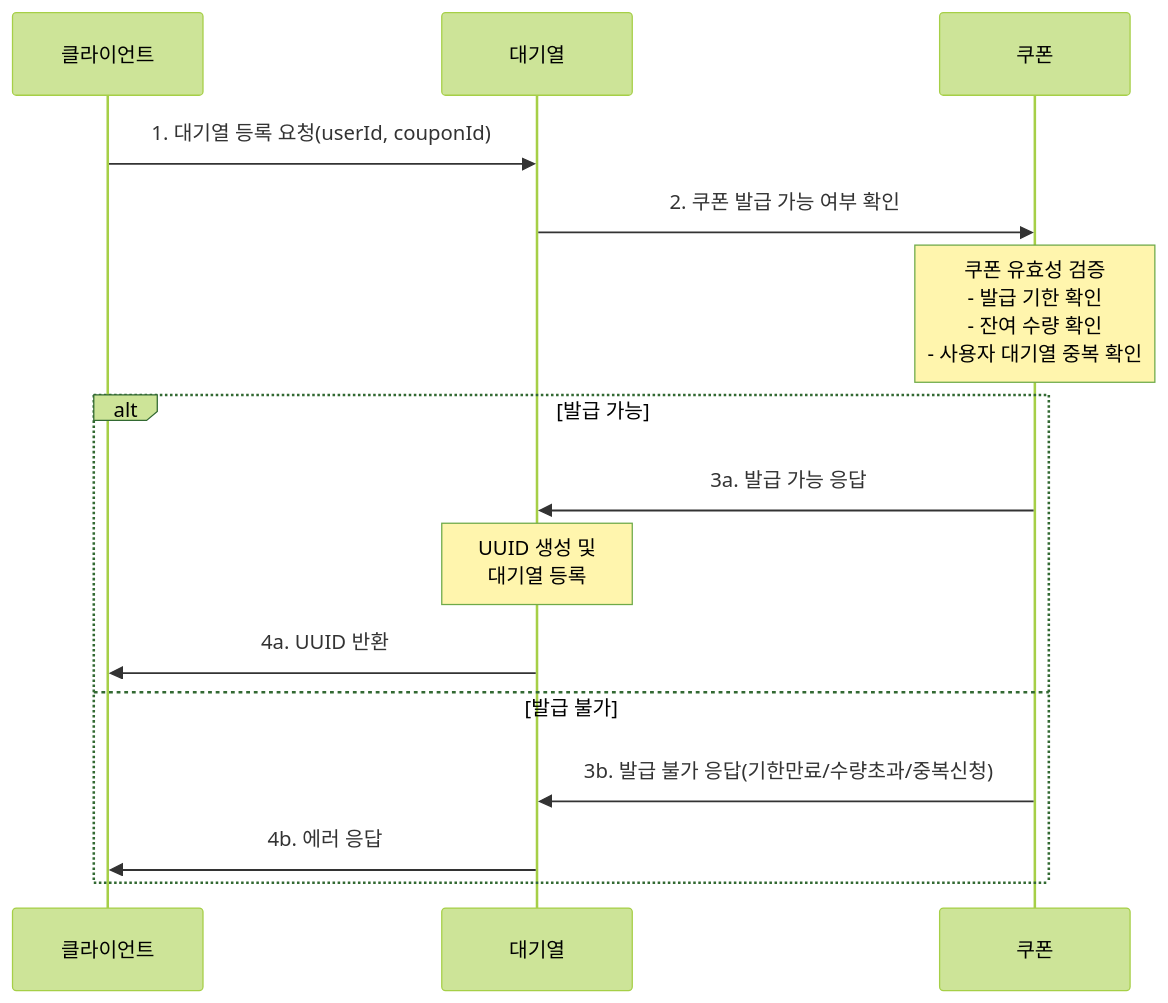
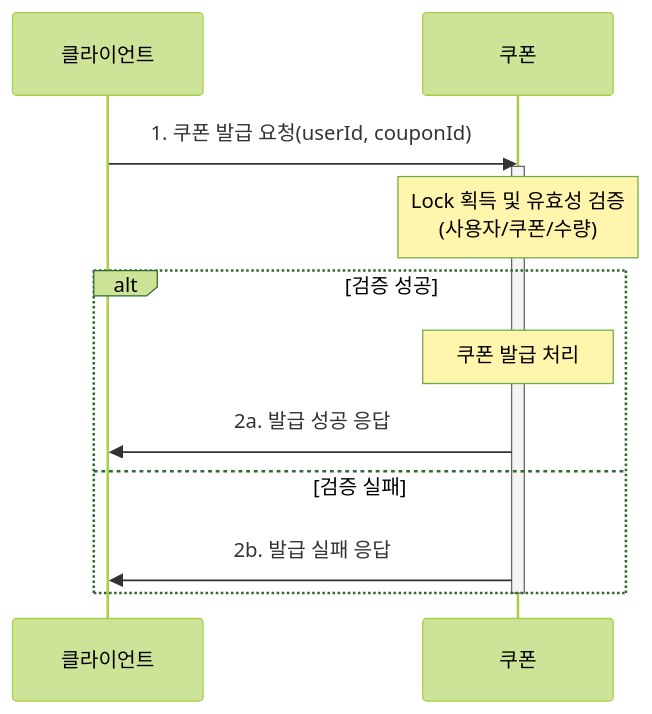
Before and after one commit to ynyejn/e-commerce: the seventh of 9 diagrams in README.md, drawn with Mermaid (forest theme). The commit also changed other lines of this file and 9 other files, not shown here.

````diff
--- a/README.md
+++ b/README.md
@@ -193,19 +189,17 @@
 ```mermaid
 sequenceDiagram
-   participant Client as 클라이언트
-   participant QueueSystem as 대기열
-   participant CouponSystem as 쿠폰
-   
-   Client->>QueueSystem: 1. 대기열 등록 요청(userId, couponId)
-   QueueSystem->>CouponSystem: 2. 쿠폰 발급 가능 여부 확인
-   Note over CouponSystem: 쿠폰 유효성 검증<br/>- 발급 기한 확인<br/>- 잔여 수량 확인<br/>- 사용자 대기열 중복 확인
-   
-   alt 발급 가능
-       CouponSystem->>QueueSystem: 3a. 발급 가능 응답
-       Note over QueueSystem: UUID 생성 및<br/>대기열 등록
-       QueueSystem->>Client: 4a. UUID 반환
-   else 발급 불가
-       CouponSystem->>QueueSystem: 3b. 발급 불가 응답(기한만료/수량초과/중복신청)
-       QueueSystem->>Client: 4b. 에러 응답
-   end
+    participant Client as 클라이언트
+    participant CouponSystem as 쿠폰
+
+    Client->>CouponSystem: 1. 쿠폰 발급 요청(userId, couponId)
+    activate CouponSystem
+    Note over CouponSystem: Lock 획득 및 유효성 검증<br/>(사용자/쿠폰/수량)
+
+    alt 검증 성공
+        Note over CouponSystem: 쿠폰 발급 처리
+        CouponSystem->>Client: 2a. 발급 성공 응답
+    else 검증 실패
+        CouponSystem->>Client: 2b. 발급 실패 응답
+    end
+    deactivate CouponSystem
 ```
````
